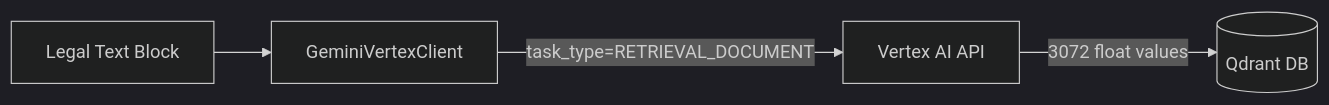
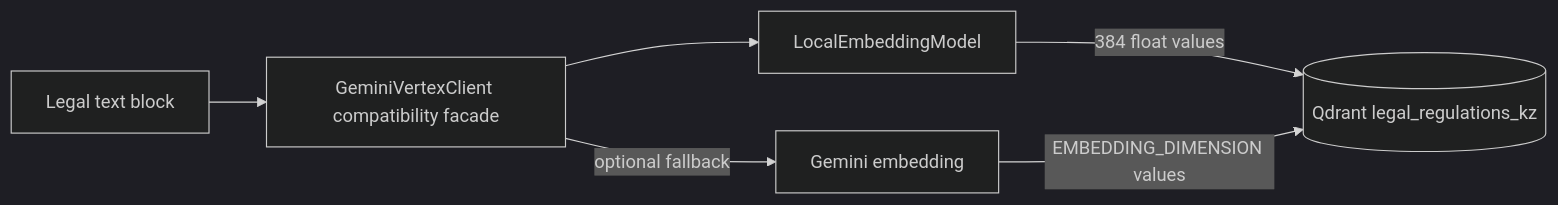
One commit to Laurentzius/smartkeden changed the third of 3 diagrams in flows/features/semantic_embedding_flow.md. Above: the diagram before and after it, drawn with Mermaid (dark theme). The commit also changed other lines of this file and 32 other files, not shown here.

````diff
--- a/flows/features/semantic_embedding_flow.md
+++ b/flows/features/semantic_embedding_flow.md
@@ -62,6 +67,8 @@
 ```mermaid
 flowchart LR
-  RawText[Legal Text Block] --> Client[GeminiVertexClient]
-  Client -->|task_type=RETRIEVAL_DOCUMENT| Vertex[Vertex AI API]
-  Vertex -->|3072 float values| VectorDB[(Qdrant DB)]
+  RawText[Legal text block] --> Client[GeminiVertexClient compatibility facade]
+  Client --> Local[LocalEmbeddingModel]
+  Local -->|384 float values| VectorDB[(Qdrant legal_regulations_kz)]
+  Client -->|optional fallback| Gemini[Gemini embedding]
+  Gemini -->|EMBEDDING_DIMENSION values| VectorDB
 ```
````
